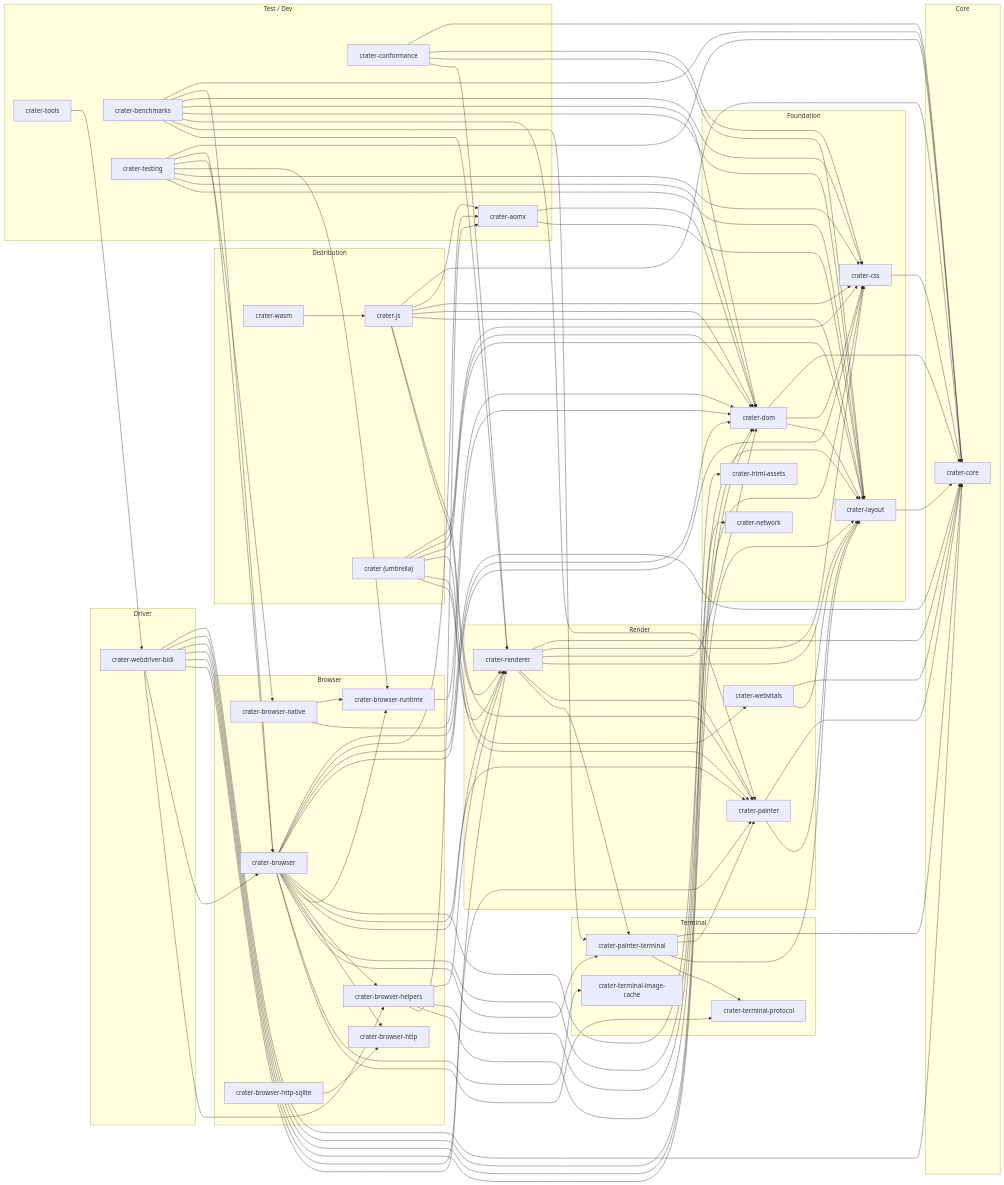
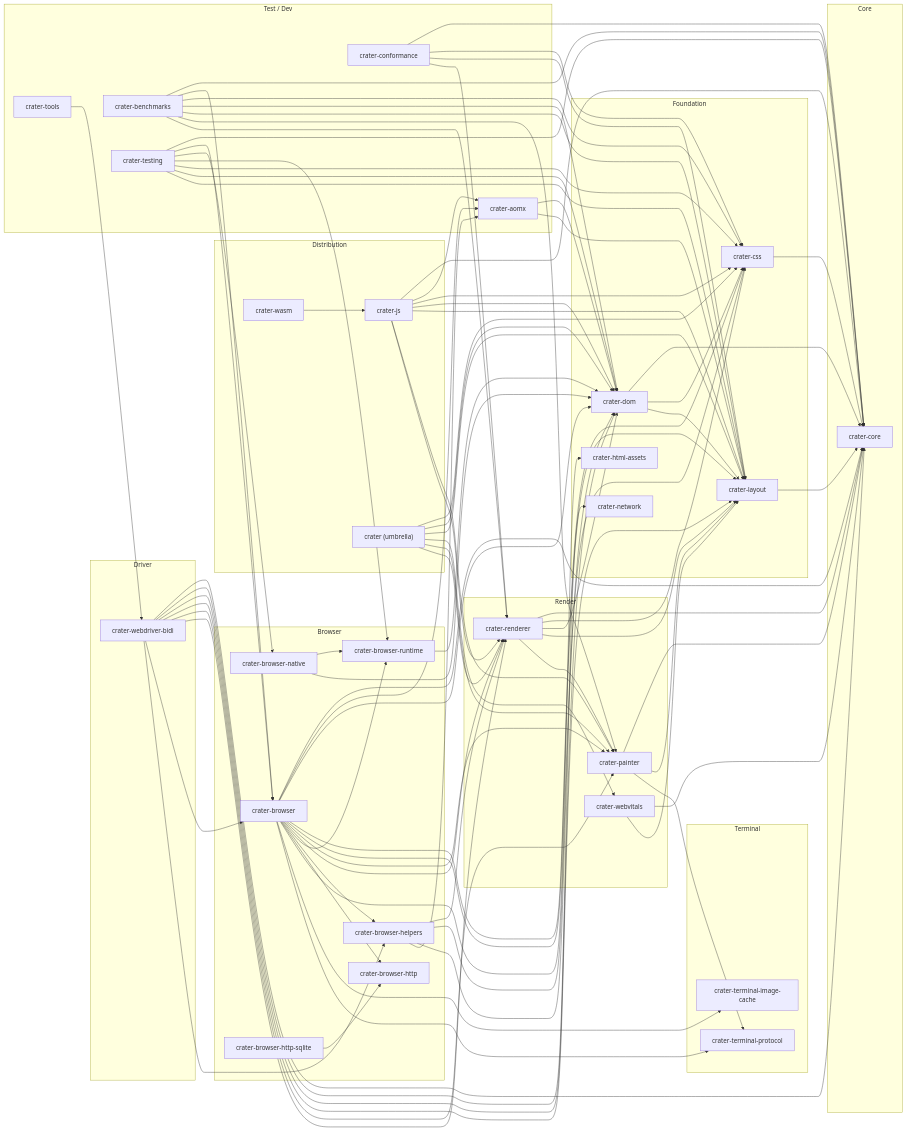
One commit to mizchi/crater changed the diagram in docs/module-graph.md. Above: the diagram before and after it, drawn with Mermaid. The commit also changed other lines of this file and 28 other files, not shown here.

```diff
--- a/docs/module-graph.md
+++ b/docs/module-graph.md
@@ -24,7 +24,6 @@
     mizchi_crater_webvitals["crater-webvitals"]
   end
   subgraph Terminal["Terminal"]
-    mizchi_crater_painter_terminal["crater-painter-terminal"]
     mizchi_crater_terminal_image_cache["crater-terminal-image-cache"]
     mizchi_crater_terminal_protocol["crater-terminal-protocol"]
   end
@@ -60,7 +59,6 @@
   mizchi_crater_benchmarks --> mizchi_crater_dom
   mizchi_crater_benchmarks --> mizchi_crater_layout
   mizchi_crater_benchmarks --> mizchi_crater_painter
-  mizchi_crater_benchmarks --> mizchi_crater_painter_terminal
   mizchi_crater_benchmarks --> mizchi_crater_renderer
   mizchi_crater_browser --> mizchi_crater_core
   mizchi_crater_browser --> mizchi_crater_aomx
@@ -73,7 +71,6 @@
   mizchi_crater_browser --> mizchi_crater_browser_helpers
   mizchi_crater_browser --> mizchi_crater_browser_http
   mizchi_crater_browser --> mizchi_crater_html_assets
-  mizchi_crater_browser --> mizchi_crater_painter_terminal
   mizchi_crater_browser --> mizchi_crater_terminal_image_cache
   mizchi_crater_browser --> mizchi_crater_terminal_protocol
   mizchi_crater_browser_native --> mizchi_crater_browser_runtime
@@ -107,16 +104,12 @@
   mizchi_crater --> mizchi_crater_renderer
   mizchi_crater_painter --> mizchi_crater_core
   mizchi_crater_painter --> mizchi_crater_layout
-  mizchi_crater_painter_terminal --> mizchi_crater_core
-  mizchi_crater_painter_terminal --> mizchi_crater_painter
-  mizchi_crater_painter_terminal --> mizchi_crater_layout
-  mizchi_crater_painter_terminal --> mizchi_crater_terminal_protocol
+  mizchi_crater_painter --> mizchi_crater_terminal_protocol
   mizchi_crater_renderer --> mizchi_crater_core
   mizchi_crater_renderer --> mizchi_crater_css
   mizchi_crater_renderer --> mizchi_crater_dom
   mizchi_crater_renderer --> mizchi_crater_layout
   mizchi_crater_renderer --> mizchi_crater_painter
-  mizchi_crater_renderer --> mizchi_crater_painter_terminal
   mizchi_crater_browser_runtime --> mizchi_crater_dom
   mizchi_crater_testing --> mizchi_crater_core
   mizchi_crater_testing --> mizchi_crater_browser
```
